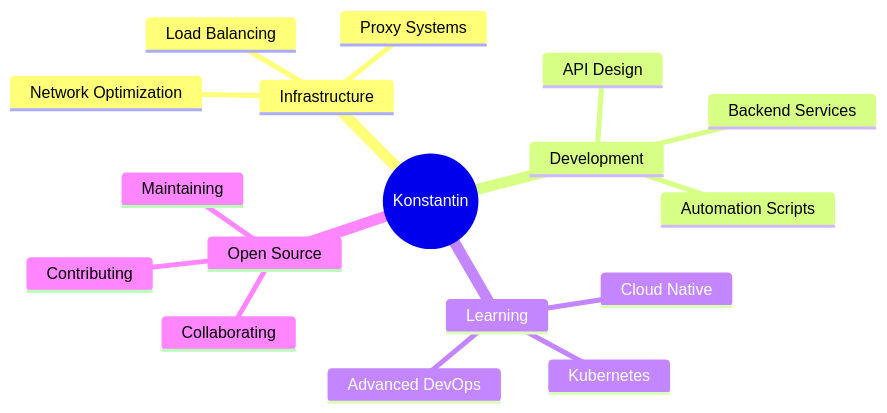
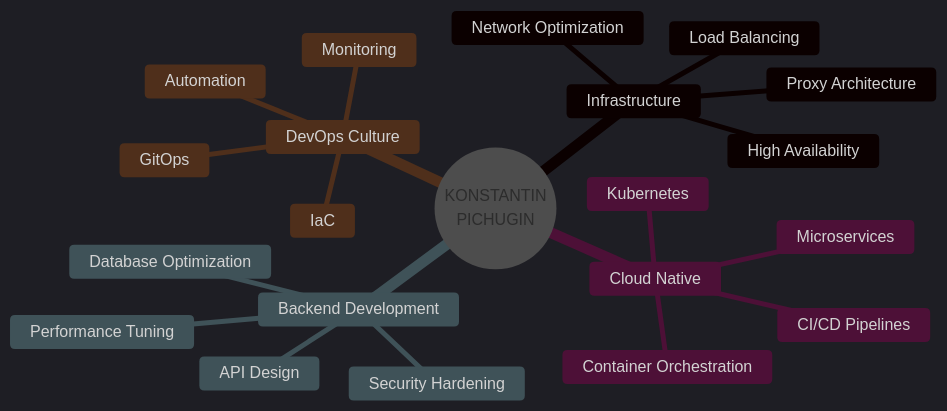
One commit to konstpic/konstpic changed the diagram in README.md. Above: the diagram before and after it, drawn with Mermaid. The commit also changed other lines of this file, not shown here.

````diff
--- a/README.md
+++ b/README.md
@@ -112,20 +160,25 @@
 ```mermaid
+%%{init: {'theme':'dark', 'themeVariables': { 'primaryColor':'#00d9ff', 'primaryTextColor':'#fff', 'primaryBorderColor':'#00d9ff', 'lineColor':'#00d9ff', 'secondaryColor':'#1a1a1a', 'tertiaryColor':'#2a2a2a'}}}%%
 mindmap
-  root((Konstantin))
+  root((KONSTANTIN<br/>PICHUGIN))
     Infrastructure
       Load Balancing
-      Proxy Systems
+      Proxy Architecture
       Network Optimization
-    Development
-      Backend Services
+      High Availability
+    Cloud Native
+      Kubernetes
+      Microservices
+      Container Orchestration
+      CI/CD Pipelines
+    Backend Development
       API Design
-      Automation Scripts
-    Learning
-      Cloud Native
-      Kubernetes
-      Advanced DevOps
-    Open Source
-      Contributing
-      Maintaining
-      Collaborating
+      Database Optimization
+      Performance Tuning
+      Security Hardening
+    DevOps Culture
+      Automation
+      Monitoring
+      IaC
+      GitOps
 ```
````
